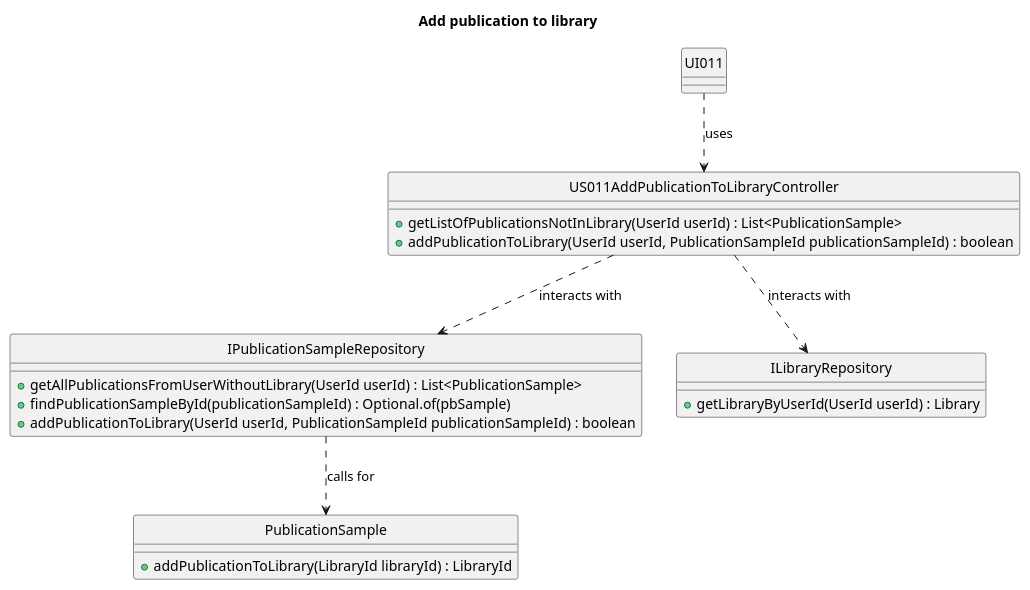
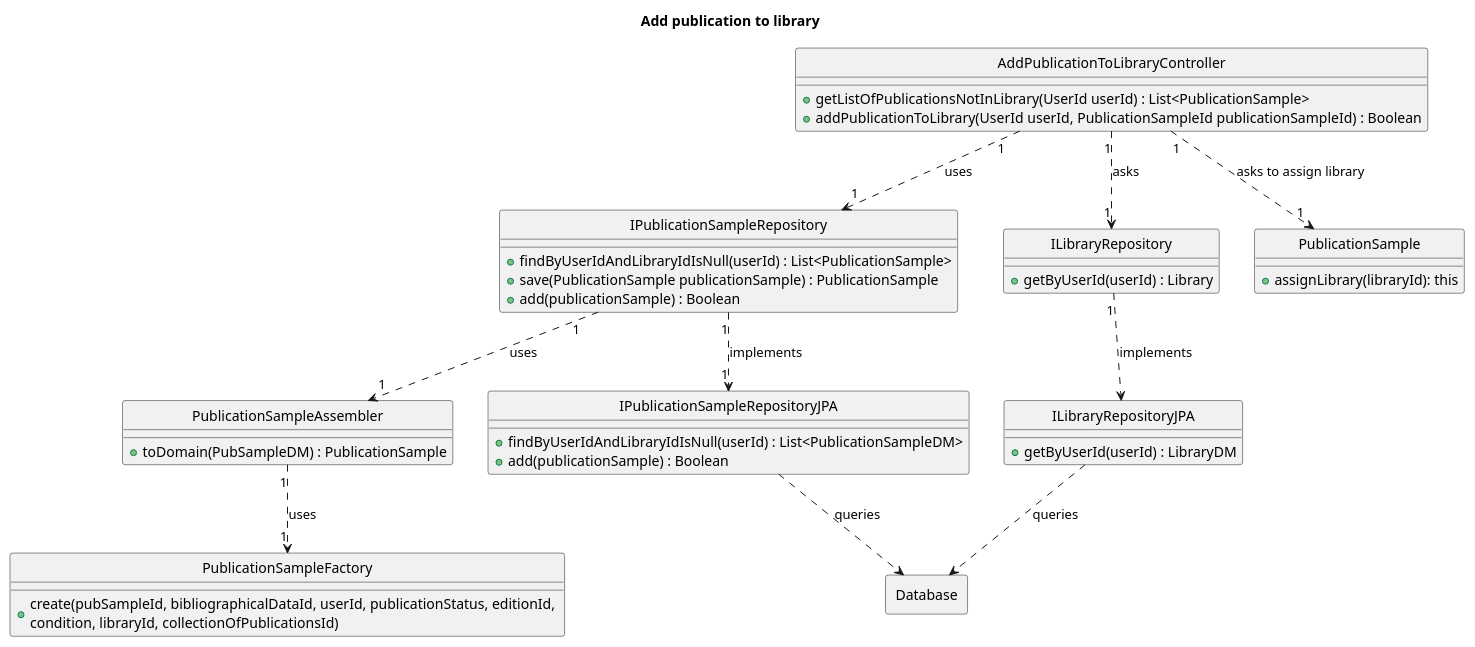
One commit to AndrePereiraGitH/SWitCH-Project-Team_A changed the diagram in Diagrams/ClassDiagrams/To-add-a-publication-to-library.puml. Above: the diagram before and after it, drawn with PlantUML. The commit also changed 1 other file, not shown here.

Commit message:
Working on #773: redesign in the Class and Sequence Diagram for ToAddPublicationToLibrary

```diff
--- a/Diagrams/ClassDiagrams/To-add-a-publication-to-library.puml
+++ b/Diagrams/ClassDiagrams/To-add-a-publication-to-library.puml
@@ -1,44 +1,57 @@
 @startuml
 title Add publication to library
 hide circle
 
-class UI011 {
+class AddPublicationToLibraryController{
++getListOfPublicationsNotInLibrary(UserId userId) : List<PublicationSample>
++addPublicationToLibrary(UserId userId, PublicationSampleId publicationSampleId) : Boolean
 }
 
-class US011AddPublicationToLibraryController {
-    + getListOfPublicationsNotInLibrary(UserId userId) : List<PublicationSample>
-    + addPublicationToLibrary(UserId userId, PublicationSampleId publicationSampleId) : boolean
+class IPublicationSampleRepository{
++findByUserIdAndLibraryIdIsNull(userId) : List<PublicationSample>
++save(PublicationSample publicationSample) : PublicationSample
++add(publicationSample) : Boolean
 }
 
-
-
-class IPublicationSampleRepository {
-    + getAllPublicationsFromUserWithoutLibrary(UserId userId) : List<PublicationSample>
-    + findPublicationSampleById(publicationSampleId) : Optional.of(pbSample)
-    + addPublicationToLibrary(UserId userId, PublicationSampleId publicationSampleId) : boolean
-
+class ILibraryRepository{
++getByUserId(userId) : Library
 }
 
-class PublicationSample {
-    + addPublicationToLibrary(LibraryId libraryId) : LibraryId
-
+class PublicationSample{
++assignLibrary(libraryId): this
 }
 
-
-
-class ILibraryRepository {
-    + getLibraryByUserId(UserId userId) : Library
-
+class IPublicationSampleRepositoryJPA{
++findByUserIdAndLibraryIdIsNull(userId) : List<PublicationSampleDM>
++add(publicationSample) : Boolean
 }
 
+class ILibraryRepositoryJPA{
++getByUserId(userId) : LibraryDM
+}
 
-' ---------------- Relationships ----------------
+class PublicationSampleAssembler{
++toDomain(PubSampleDM) : PublicationSample
+}
 
-UI011 ..> US011AddPublicationToLibraryController : uses
-US011AddPublicationToLibraryController ..> IPublicationSampleRepository: interacts with
-US011AddPublicationToLibraryController ..>ILibraryRepository : interacts with
-IPublicationSampleRepository ..> PublicationSample : calls for
+class PublicationSampleFactory{
++create(pubSampleId, bibliographicalDataId, userId, publicationStatus, editionId, \ncondition, libraryId, collectionOfPublicationsId)
+}
+
+Rectangle Database{
+}
+' ------ Interactions ------
+
+AddPublicationToLibraryController "1" ..> "1" IPublicationSampleRepository : uses
+IPublicationSampleRepository "1" ..> "1" IPublicationSampleRepositoryJPA : implements
+IPublicationSampleRepository "1" ..> "1" PublicationSampleAssembler : uses
+PublicationSampleAssembler "1" ..> "1" PublicationSampleFactory : uses
+AddPublicationToLibraryController "1" ..> "1" ILibraryRepository : asks
+ILibraryRepository "1" ..> ILibraryRepositoryJPA : implements
+AddPublicationToLibraryController "1" ..> "1" PublicationSample : asks to assign library
+IPublicationSampleRepositoryJPA ..> Database : queries
+ILibraryRepositoryJPA ..> Database : queries
 
 
 
 @enduml
```
